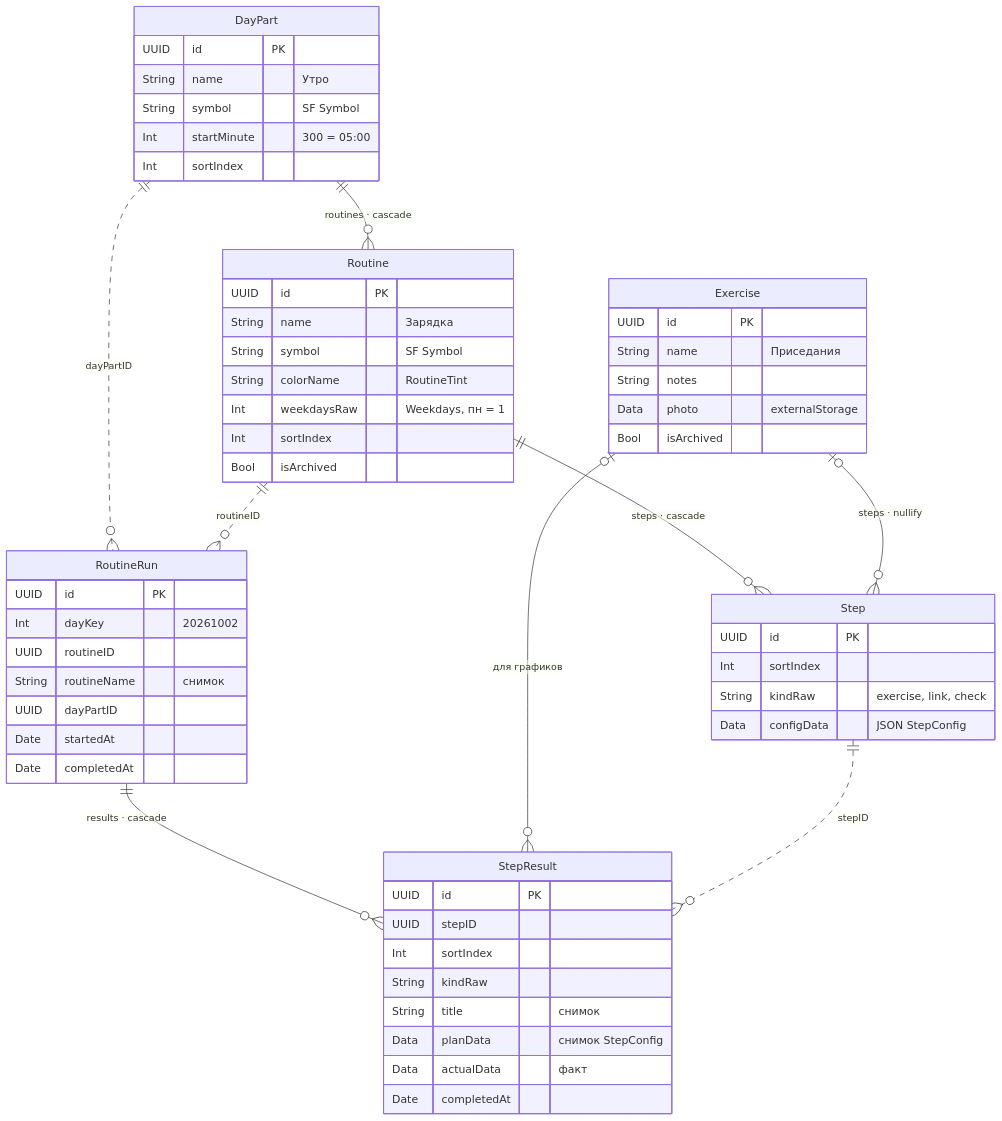
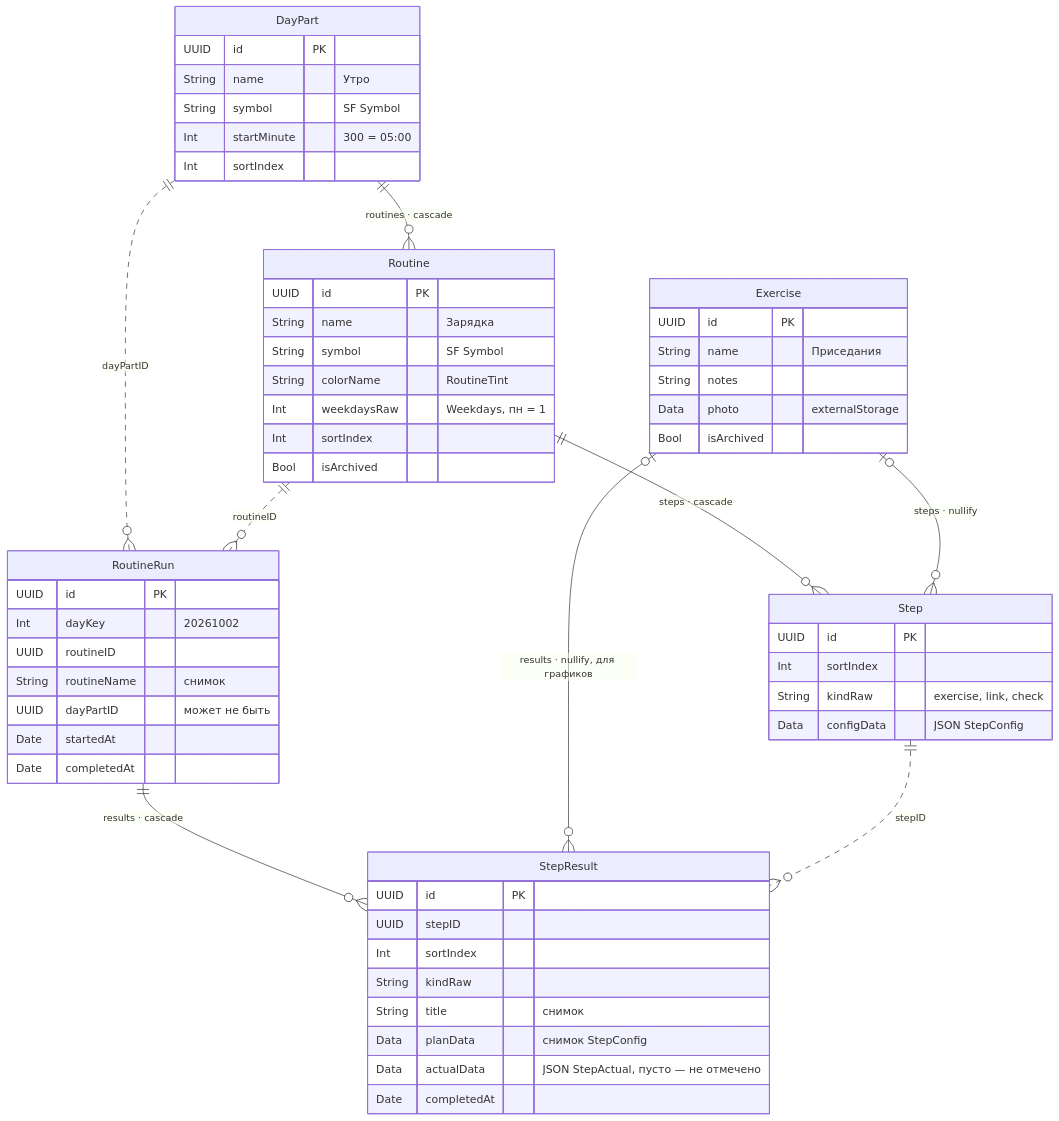
Before and after one commit to FinickyPrune/finicky-exercises-tracker: the diagram in docs/ARCHITECTURE.md, drawn with Mermaid. The commit also changed other lines of this file and 8 other files, not shown here.

````diff
--- a/docs/ARCHITECTURE.md
+++ b/docs/ARCHITECTURE.md
@@ -48,60 +48,60 @@
 ```mermaid
 erDiagram
     DayPart ||--o{ Routine : "routines · cascade"
     Routine ||--o{ Step : "steps · cascade"
     Exercise |o--o{ Step : "steps · nullify"
     RoutineRun ||--o{ StepResult : "results · cascade"
-    Exercise |o--o{ StepResult : "для графиков"
+    Exercise |o--o{ StepResult : "results · nullify, для графиков"
     DayPart ||..o{ RoutineRun : "dayPartID"
     Routine ||..o{ RoutineRun : "routineID"
     Step ||..o{ StepResult : "stepID"
 
     DayPart {
         UUID id PK
         String name "Утро"
         String symbol "SF Symbol"
         Int startMinute "300 = 05:00"
         Int sortIndex
     }
     Routine {
         UUID id PK
         String name "Зарядка"
         String symbol "SF Symbol"
         String colorName "RoutineTint"
         Int weekdaysRaw "Weekdays, пн = 1"
         Int sortIndex
         Bool isArchived
     }
     Step {
         UUID id PK
         Int sortIndex
         String kindRaw "exercise, link, check"
         Data configData "JSON StepConfig"
     }
     Exercise {
         UUID id PK
         String name "Приседания"
         String notes
         Data photo "externalStorage"
         Bool isArchived
     }
     RoutineRun {
         UUID id PK
         Int dayKey "20261002"
         UUID routineID
         String routineName "снимок"
-        UUID dayPartID
+        UUID dayPartID "может не быть"
         Date startedAt
         Date completedAt
     }
     StepResult {
         UUID id PK
         UUID stepID
         Int sortIndex
         String kindRaw
         String title "снимок"
         Data planData "снимок StepConfig"
-        Data actualData "факт"
+        Data actualData "JSON StepActual, пусто — не отмечено"
         Date completedAt
     }
 ```
````
